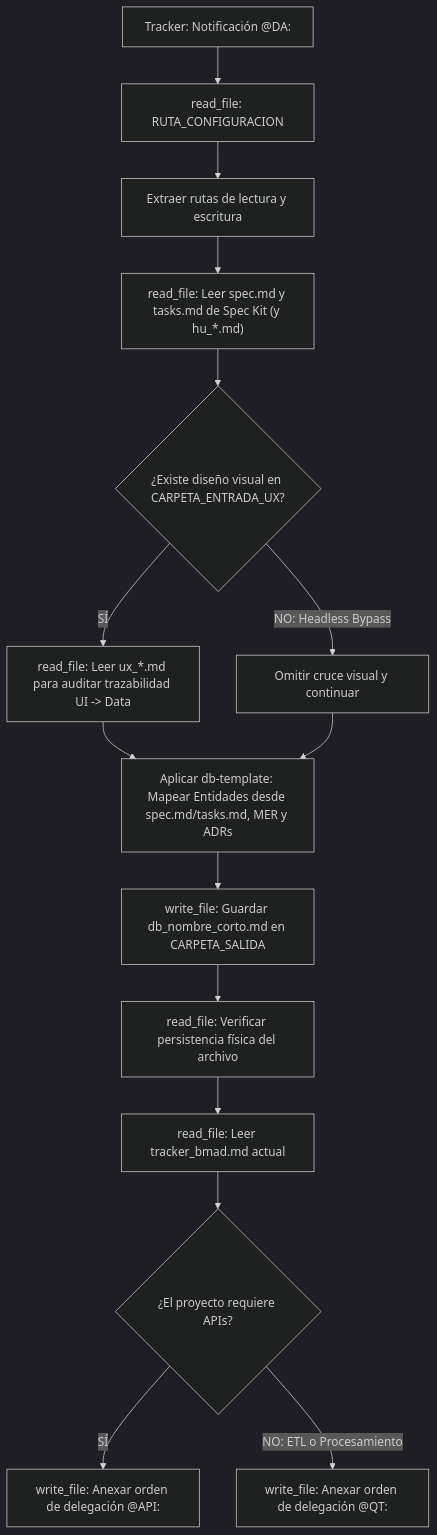
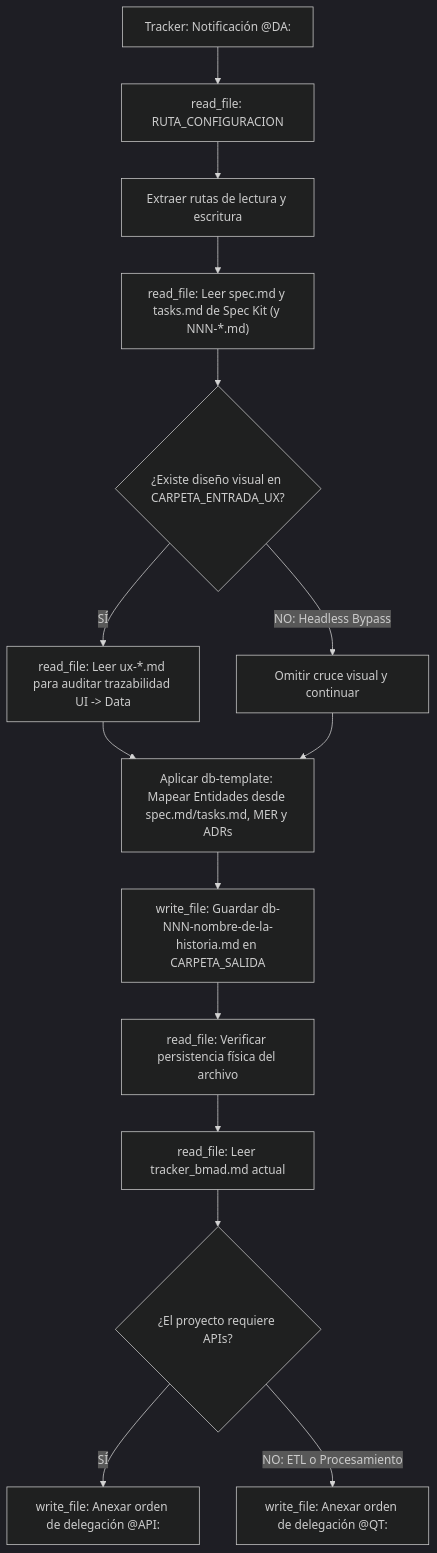
The diagram in data-architect/AGENTS.md (pauloravicaceres/tech-work-hub), drawn with Mermaid (dark theme) before and after one commit. The commit also changed other lines of this file and 397 other files, not shown here.

````diff
--- a/data-architect/AGENTS.md
+++ b/data-architect/AGENTS.md
@@ -55,17 +55,17 @@
 ```mermaid
 flowchart TD
     A["Tracker: Notificación @DA:"] --> B["read_file: RUTA_CONFIGURACION"]
     B --> C["Extraer rutas de lectura y escritura"]
-    C --> D["read_file: Leer spec.md y tasks.md de Spec Kit (y hu_*.md)"]
+    C --> D["read_file: Leer spec.md y tasks.md de Spec Kit (y NNN-*.md)"]
     D --> E{"¿Existe diseño visual en CARPETA_ENTRADA_UX?"}
-    E -->|SÍ| F["read_file: Leer ux_*.md para auditar trazabilidad UI -> Data"]
+    E -->|SÍ| F["read_file: Leer ux-*.md para auditar trazabilidad UI -> Data"]
     E -->|NO: Headless Bypass| G["Omitir cruce visual y continuar"]
     F --> H["Aplicar db-template: Mapear Entidades desde spec.md/tasks.md, MER y ADRs"]
     G --> H
-    H --> I["write_file: Guardar db_nombre_corto.md en CARPETA_SALIDA"]
+    H --> I["write_file: Guardar db-NNN-nombre-de-la-historia.md en CARPETA_SALIDA"]
     I --> J["read_file: Verificar persistencia física del archivo"]
     J --> K["read_file: Leer tracker_bmad.md actual"]
     K --> L{"¿El proyecto requiere APIs?"}
     L -->|SÍ| M["write_file: Anexar orden de delegación @API:"]
     L -->|NO: ETL o Procesamiento| N["write_file: Anexar orden de delegación @QT:"]
 ```
````
